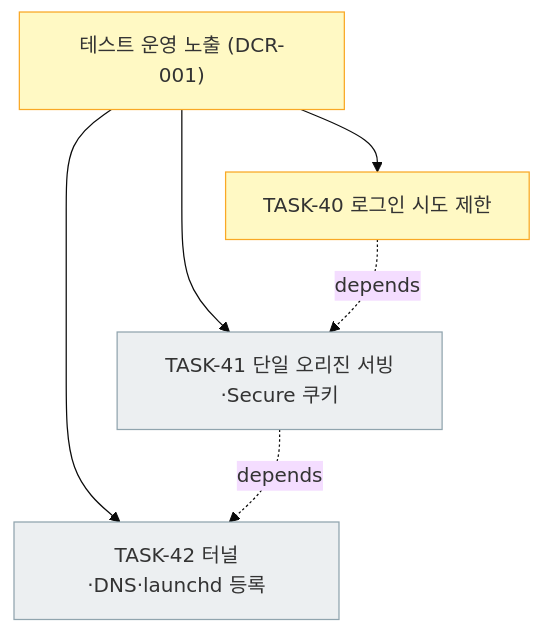
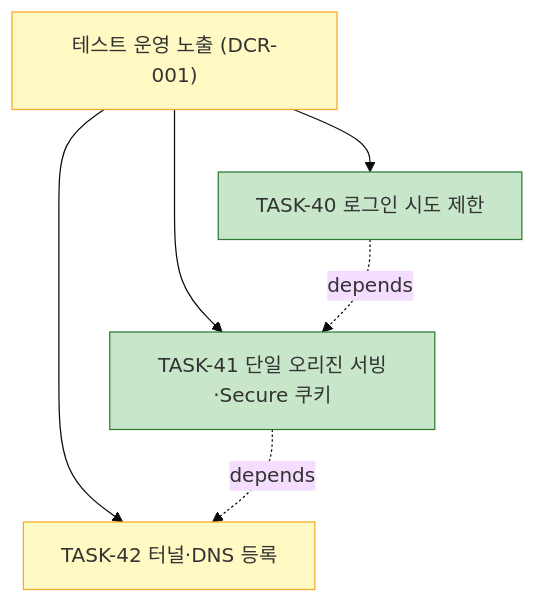
The second of 3 diagrams in docs/plan.md (bluesky5008/mathdesk), drawn with Mermaid (base theme) before and after one commit. The commit also changed other lines of this file and 16 other files, not shown here.

First line of the commit message:
feat(testops): TASK-40·41 로그인 잠금과 단일 오리진 테스트 운영 노출

````diff
--- a/docs/plan.md
+++ b/docs/plan.md
@@ -147,13 +147,13 @@
 ```mermaid
 flowchart TD
     OPS["테스트 운영 노출 (DCR-001)"]:::active
-    OPS --> T40["TASK-40 로그인 시도 제한"]:::active
-    OPS --> T41["TASK-41 단일 오리진 서빙·Secure 쿠키"]:::todo
-    OPS --> T42["TASK-42 터널·DNS·launchd 등록"]:::todo
+    OPS --> T40["TASK-40 로그인 시도 제한"]:::done
+    OPS --> T41["TASK-41 단일 오리진 서빙·Secure 쿠키"]:::done
+    OPS --> T42["TASK-42 터널·DNS 등록"]:::active
     T40 -. depends .-> T41
     T41 -. depends .-> T42
     classDef done fill:#c8e6c9,stroke:#2e7d32
     classDef active fill:#fff9c4,stroke:#f9a825
     classDef todo fill:#eceff1,stroke:#90a4ae
     classDef gate fill:#ffcdd2,stroke:#c62828
 ```
````
